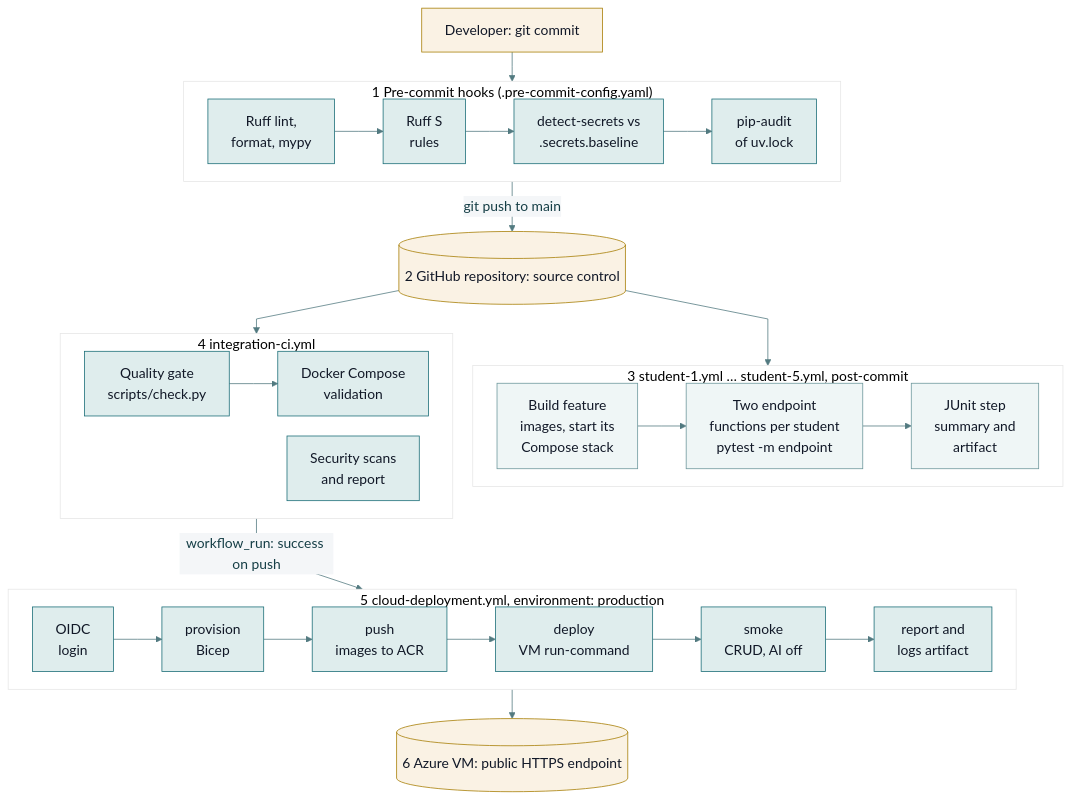
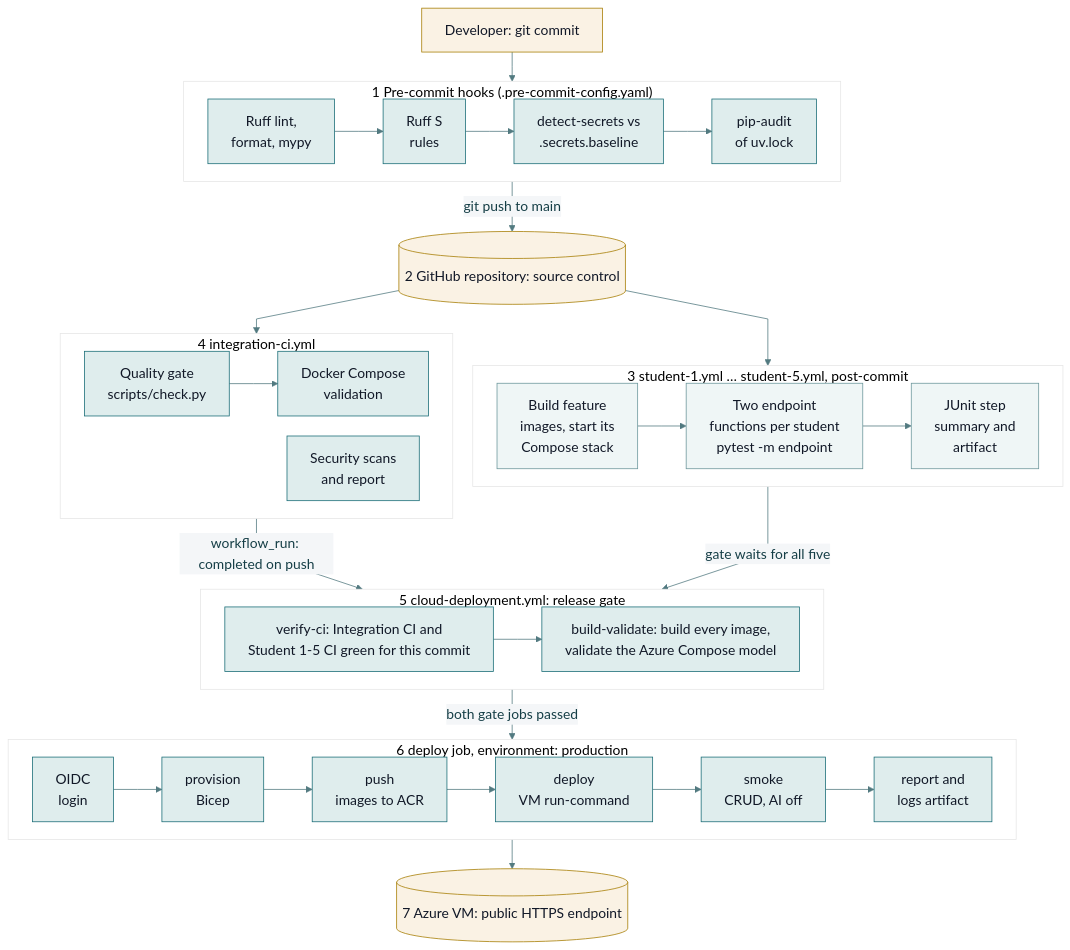
The diagram in docs/reports/diagrams/release-2/devops-flow.mmd (MattShelton04/41026ASDProject), drawn with Mermaid before and after one commit. The commit also changed 10 other files, not shown here.

```diff
--- a/docs/reports/diagrams/release-2/devops-flow.mmd
+++ b/docs/reports/diagrams/release-2/devops-flow.mmd
@@ -1,33 +1,38 @@
 %%{init: {"theme":"base","themeVariables":{"fontFamily":"Arial","fontSize":"18px","primaryColor":"#eff6f6","primaryBorderColor":"#6b969b","primaryTextColor":"#153e46","lineColor":"#527a80","secondaryColor":"#f4f6f8","tertiaryColor":"#ffffff"},"flowchart":{"curve":"linear","wrappingWidth":400,"nodeSpacing":26,"rankSpacing":38}}}%%
 flowchart TB
     dev["Developer: git commit"] --> hooks
     subgraph hooks["1 Pre-commit hooks (.pre-commit-config.yaml)"]
         direction LR
         h1["Ruff lint,<br/>format, mypy"] --> h2["Ruff S<br/>rules"] --> h3["detect-secrets vs<br/>.secrets.baseline"] --> h4["pip-audit<br/>of uv.lock"]
     end
     hooks -->|"git push to main"| gh[("2 GitHub repository: source control")]
     gh --> students
     gh --> integ
     subgraph students["3 student-1.yml … student-5.yml, post-commit"]
         direction LR
         s1["Build feature<br/>images, start its<br/>Compose stack"] --> s2["Two endpoint<br/>functions per student<br/>pytest -m endpoint"] --> s3["JUnit step<br/>summary and<br/>artifact"]
     end
     subgraph integ["4 integration-ci.yml"]
         direction LR
         i1["Quality gate<br/>scripts/check.py"] --> i2["Docker Compose<br/>validation"]
         i3["Security scans<br/>and report"]
     end
-    integ -->|"workflow_run: success on push"| cd
-    students ~~~ cd
-    subgraph cd["5 cloud-deployment.yml, environment: production"]
+    integ -->|"workflow_run: completed on push"| gate
+    students -->|"gate waits for all five"| gate
+    subgraph gate["5 cloud-deployment.yml: release gate"]
+        direction LR
+        g1["verify-ci: Integration CI and<br/>Student 1-5 CI green for this commit"] --> g2["build-validate: build every image,<br/>validate the Azure Compose model"]
+    end
+    gate -->|"both gate jobs passed"| cd
+    subgraph cd["6 deploy job, environment: production"]
         direction LR
         c1["OIDC<br/>login"] --> c2["provision<br/>Bicep"] --> c3["push<br/>images to ACR"] --> c4["deploy<br/>VM run-command"] --> c5["smoke<br/>CRUD, AI off"] --> c6["report and<br/>logs artifact"]
     end
-    cd --> azure[("6 Azure VM: public HTTPS endpoint")]
+    cd --> azure[("7 Azure VM: public HTTPS endpoint")]
 
     classDef shared fill:#dfeded,stroke:#176b75,color:#111827;
     classDef feature fill:#eff6f6,stroke:#6b969b,color:#111827;
     classDef note fill:#faf2e4,stroke:#a67c00,color:#111827;
-    class h1,h2,h3,h4,i1,i2,i3,c1,c2,c3,c4,c5,c6 shared;
+    class h1,h2,h3,h4,i1,i2,i3,g1,g2,c1,c2,c3,c4,c5,c6 shared;
     class s1,s2,s3 feature;
     class dev,gh,azure note;
```
